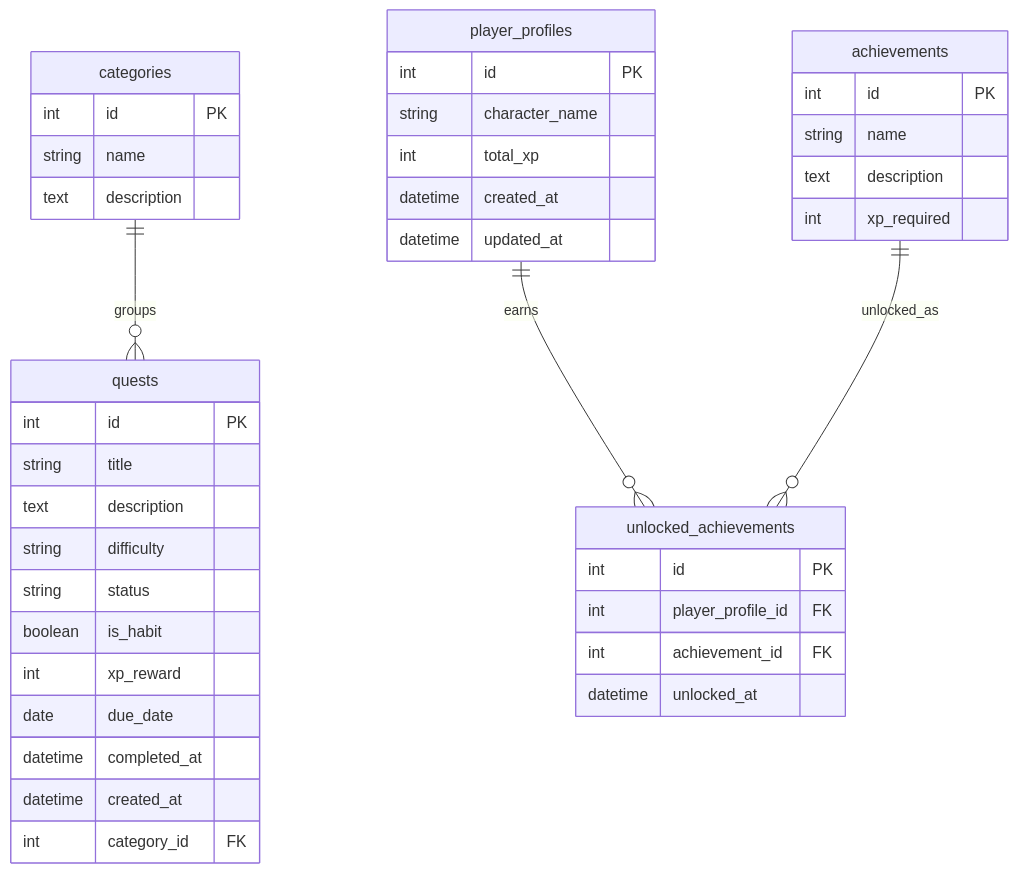
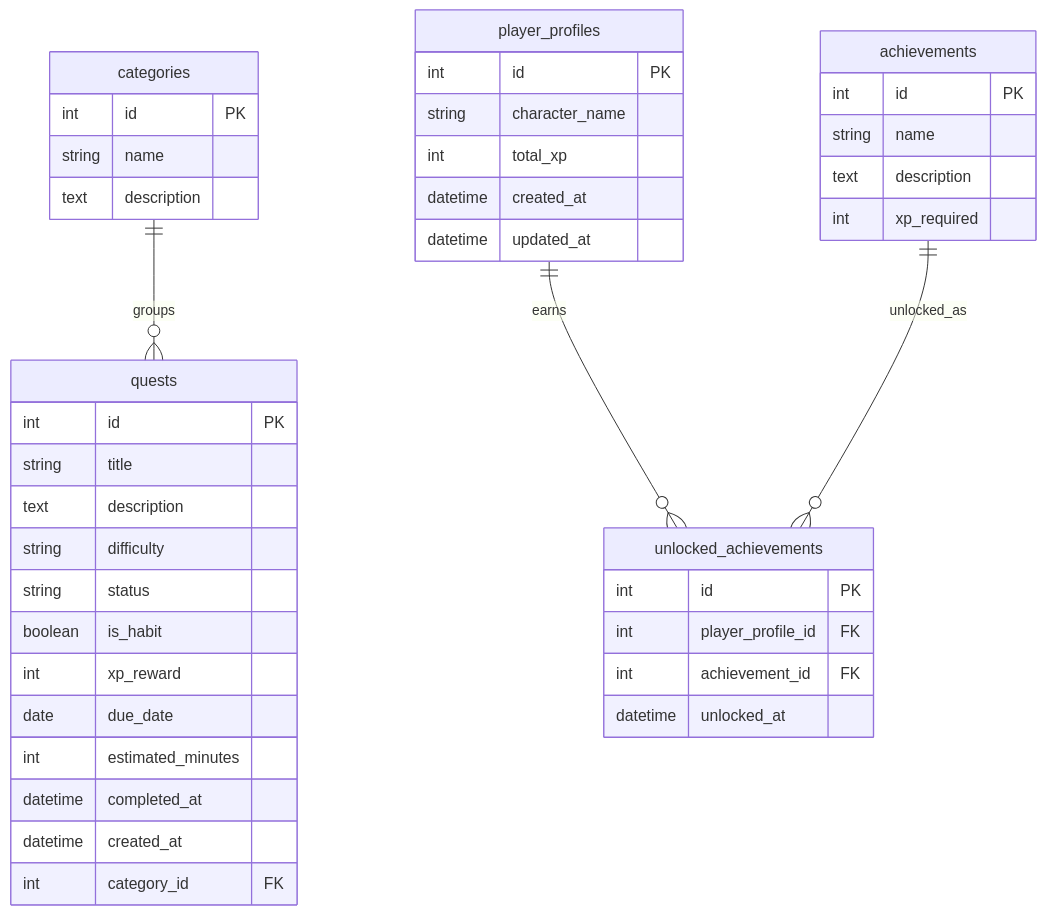
One commit to BaseMar/habit-quest-analytics changed the diagram in docs/data_model.md. Above: the diagram before and after it, drawn with Mermaid. The commit also changed other lines of this file and 9 other files, not shown here.

````diff
--- a/docs/data_model.md
+++ b/docs/data_model.md
@@ -93,48 +94,49 @@
 ```mermaid
 erDiagram
     categories ||--o{ quests : groups
     player_profiles ||--o{ unlocked_achievements : earns
     achievements ||--o{ unlocked_achievements : unlocked_as
 
     categories {
         int id PK
         string name
         text description
     }
 
     quests {
         int id PK
         string title
         text description
         string difficulty
         string status
         boolean is_habit
         int xp_reward
         date due_date
+        int estimated_minutes
         datetime completed_at
         datetime created_at
         int category_id FK
     }
 
     player_profiles {
         int id PK
         string character_name
         int total_xp
         datetime created_at
         datetime updated_at
     }
 
     achievements {
         int id PK
         string name
         text description
         int xp_required
     }
 
     unlocked_achievements {
         int id PK
         int player_profile_id FK
         int achievement_id FK
         datetime unlocked_at
     }
 ```
````
